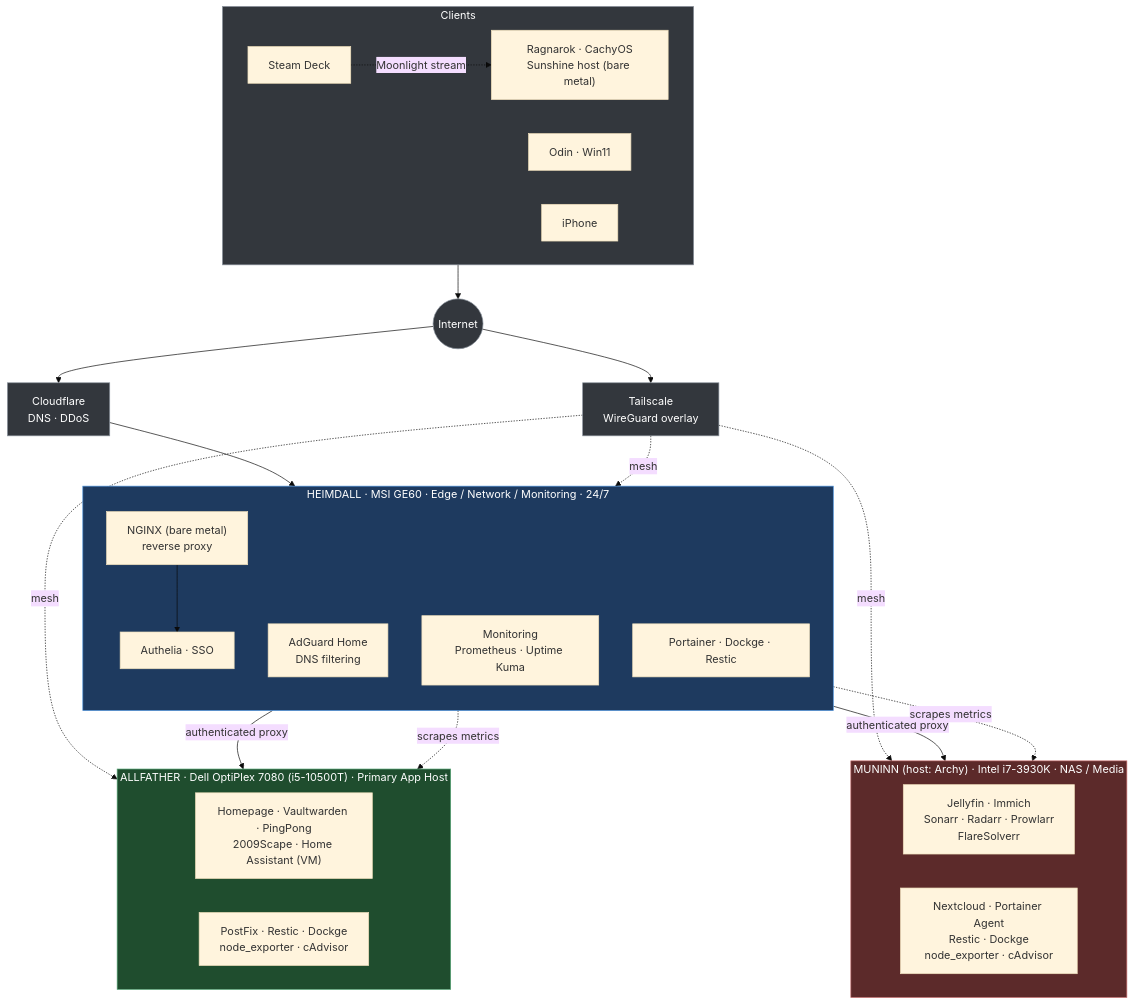
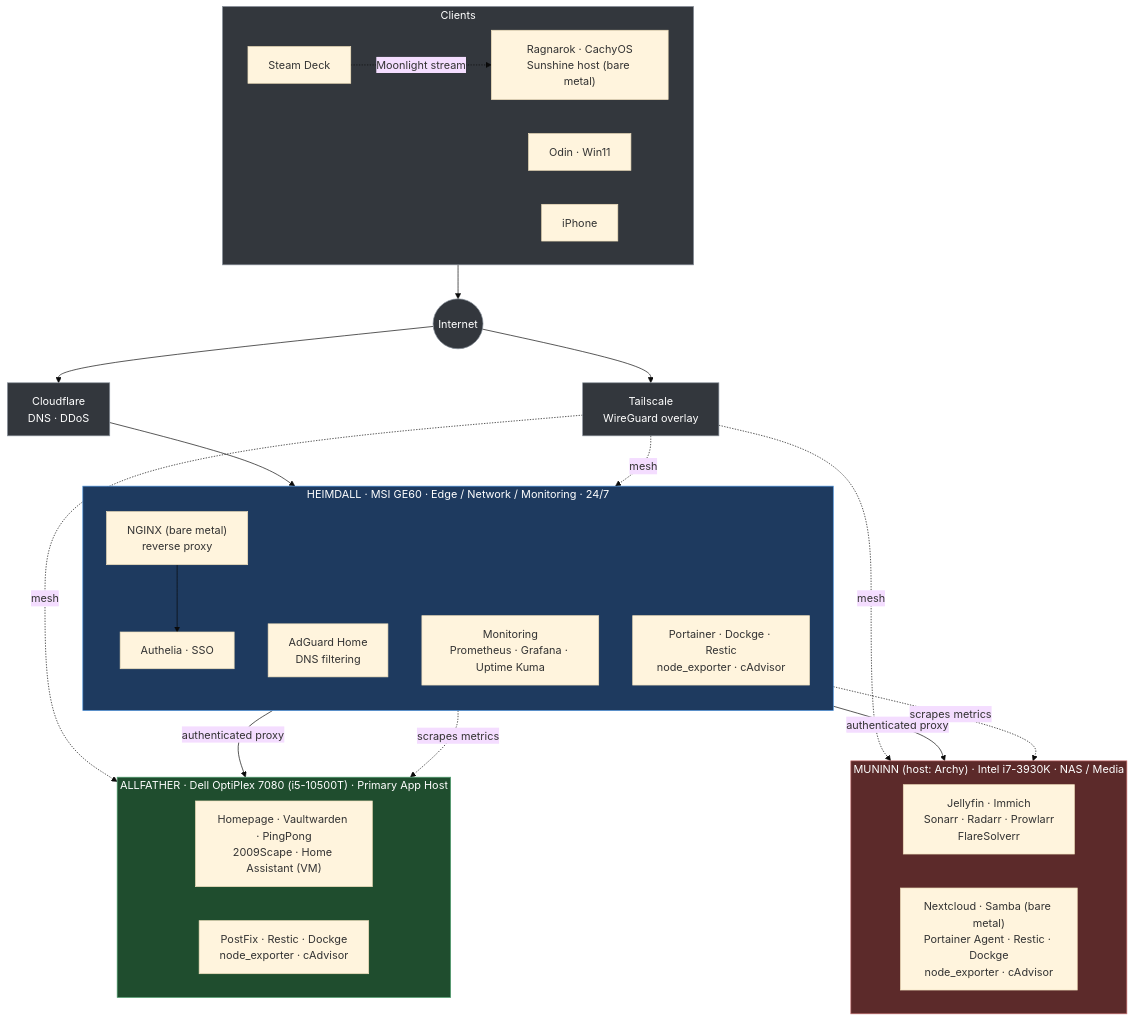
One commit to bjschnell/NoPlaceLikeHomelab changed the diagram in README.md. Above: the diagram before and after it, drawn with Mermaid (base theme). The commit also changed other lines of this file and 3 other files, not shown here.

First line of the commit message:
docs: merge browser edits — add Grafana, Samba, all-three-nodes exporters

````diff
--- a/README.md
+++ b/README.md
@@ -43,53 +43,53 @@
 ```mermaid
 graph TB
     subgraph Clients["Clients"]
         direction LR
         Ragnarok["Ragnarok · CachyOS<br/>Sunshine host (bare metal)"]
         Odin["Odin · Win11"]
         SteamDeck["Steam Deck"]
         iPhone["iPhone"]
     end
 
     Clients --> Internet(("Internet"))
     Internet --> Cloudflare["Cloudflare<br/>DNS · DDoS"]
     Internet --> Tailscale["Tailscale<br/>WireGuard overlay"]
     Cloudflare --> NGINX
 
     subgraph Heimdall["HEIMDALL · MSI GE60 · Edge / Network / Monitoring · 24/7"]
         direction TB
         NGINX["NGINX (bare metal)<br/>reverse proxy"] --> Authelia["Authelia · SSO"]
         AdGuard["AdGuard Home<br/>DNS filtering"]
-        Obs["Monitoring<br/>Prometheus · Uptime Kuma"]
-        Mgmt_H["Portainer · Dockge · Restic"]
+        Obs["Monitoring<br/>Prometheus · Grafana · Uptime Kuma"]
+        Mgmt_H["Portainer · Dockge · Restic<br/>node_exporter · cAdvisor"]
     end
 
     subgraph Allfather["ALLFATHER · Dell OptiPlex 7080 (i5-10500T) · Primary App Host"]
         direction LR
         A_apps["Homepage · Vaultwarden · PingPong<br/>2009Scape · Home Assistant (VM)"]
         A_mgmt["PostFix · Restic · Dockge<br/>node_exporter · cAdvisor"]
     end
 
     subgraph Muninn["MUNINN (host: Archy) · Intel i7-3930K · NAS / Media"]
         direction LR
         M_media["Jellyfin · Immich<br/>Sonarr · Radarr · Prowlarr<br/>FlareSolverr"]
-        M_store["Nextcloud · Portainer Agent<br/>Restic · Dockge<br/>node_exporter · cAdvisor"]
+        M_store["Nextcloud · Samba (bare metal)<br/>Portainer Agent · Restic · Dockge<br/>node_exporter · cAdvisor"]
     end
 
     Authelia -- authenticated proxy --> Allfather
     Authelia -- authenticated proxy --> Muninn
     Tailscale -. mesh .-> Heimdall
     Tailscale -. mesh .-> Allfather
     Tailscale -. mesh .-> Muninn
     Obs -. scrapes metrics .-> Allfather
     Obs -. scrapes metrics .-> Muninn
     SteamDeck -. Moonlight stream .-> Ragnarok
 
     classDef edge fill:#1e3a5f,stroke:#4a90d9,color:#fff;
     classDef app fill:#1f4d2e,stroke:#52a373,color:#fff;
     classDef nas fill:#5c2a2a,stroke:#c97070,color:#fff;
     classDef net fill:#33373d,stroke:#8a929c,color:#fff;
     class Heimdall edge;
     class Allfather app;
     class Muninn nas;
     class Cloudflare,Tailscale,Internet,Clients net;
 ```
````
